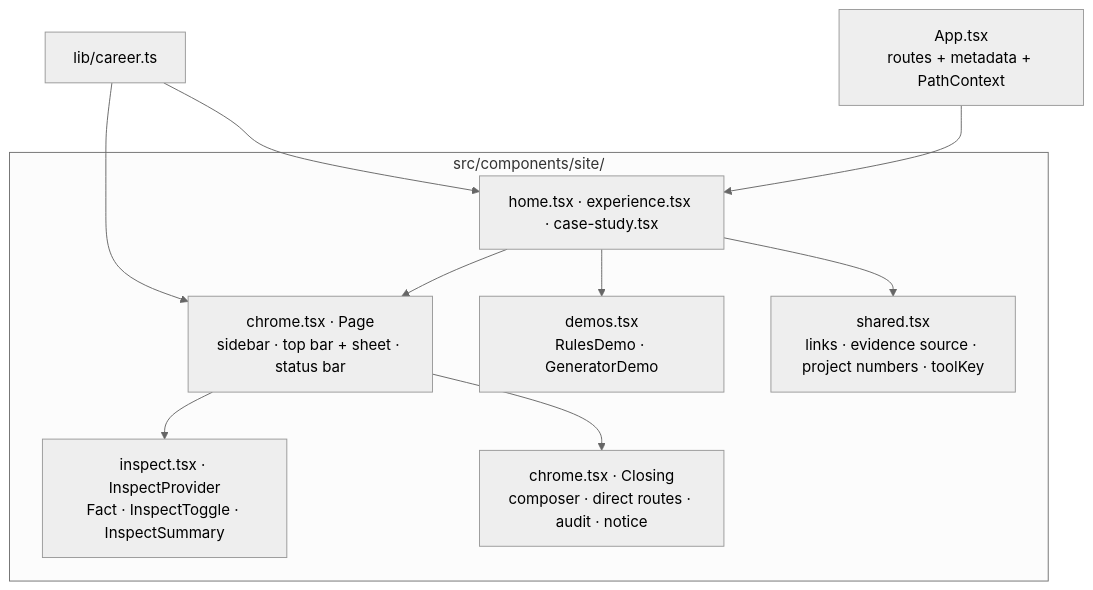
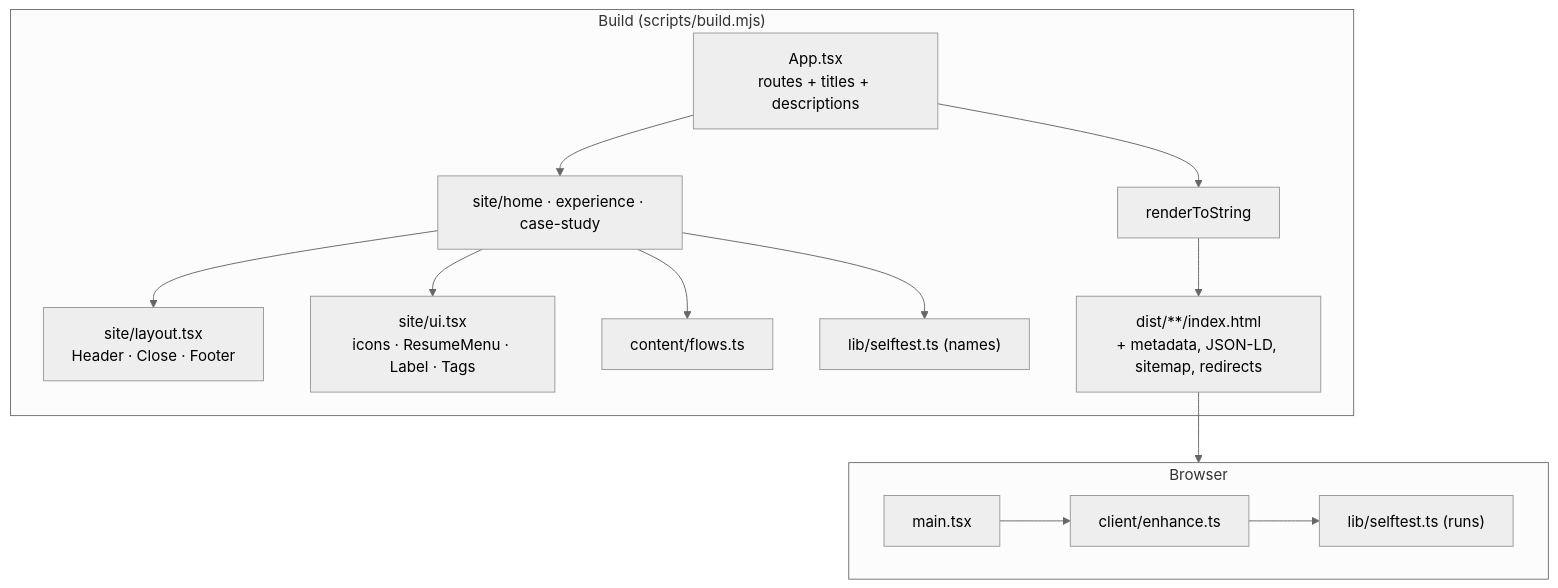
One commit to mohamedmoheyeldin/portfolio changed the diagram in docs/ARCHITECTURE.md. Above: the diagram before and after it, drawn with Mermaid (neutral theme). The commit also changed other lines of this file and 61 other files, not shown here.

````diff
--- a/docs/ARCHITECTURE.md
+++ b/docs/ARCHITECTURE.md
@@ -60,14 +15,16 @@
 ```mermaid
 flowchart TB
-  App["App.tsx<br/>routes + metadata + PathContext"] --> Pages
-  subgraph site["src/components/site/"]
-    Pages["home.tsx · experience.tsx · case-study.tsx"] --> Frame["chrome.tsx · Page<br/>sidebar · top bar + sheet · status bar"]
-    Frame --> Inspect["inspect.tsx · InspectProvider<br/>Fact · InspectToggle · InspectSummary"]
-    Frame --> Closing["chrome.tsx · Closing<br/>composer · direct routes · audit · notice"]
-    Pages --> Demos["demos.tsx<br/>RulesDemo · GeneratorDemo"]
-    Shared["shared.tsx<br/>links · evidence source · project numbers · toolKey"]
+  subgraph build["Build (scripts/build.mjs)"]
+    App["App.tsx<br/>routes + titles + descriptions"] --> Pages["site/home · experience · case-study"]
+    Pages --> Layout["site/layout.tsx<br/>Header · Close · Footer"]
+    Pages --> UI["site/ui.tsx<br/>icons · ResumeMenu · Label · Tags"]
+    Pages --> Flows["content/flows.ts"]
+    Pages --> Checks["lib/selftest.ts (names)"]
+    App --> SSR["renderToString"] --> HTML["dist/**/index.html<br/>+ metadata, JSON-LD, sitemap, redirects"]
   end
-  Pages --> Shared
-  Career["lib/career.ts"] --> Pages
-  Career --> Frame
+  subgraph browser["Browser"]
+    Main["main.tsx"] --> Enhance["client/enhance.ts"]
+    Enhance --> Run["lib/selftest.ts (runs)"]
+  end
+  HTML --> browser
 ```
````
